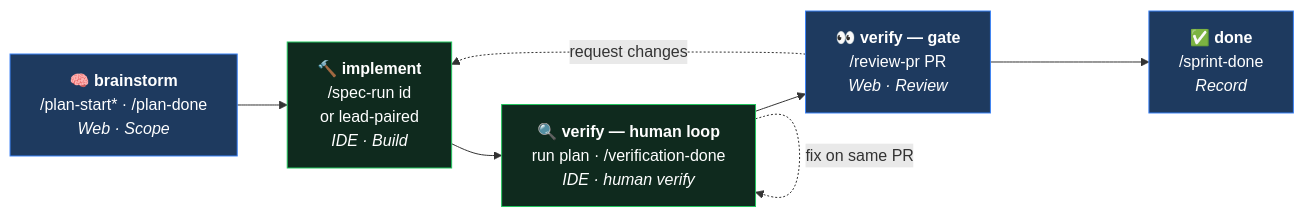
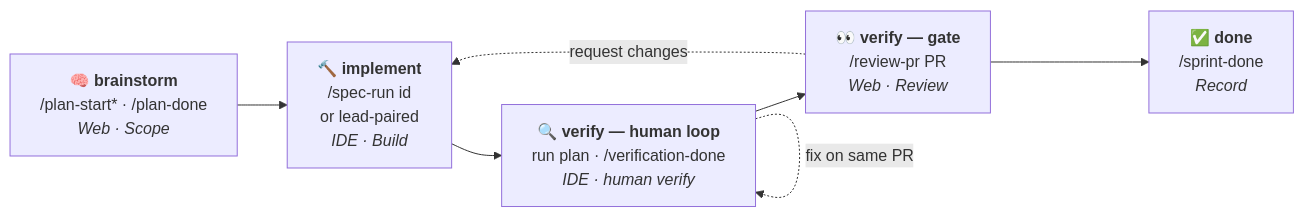
The first of 4 diagrams in docs/guides/sprint-lifecycle.md (agni-eialarasu/cetana-labs), drawn with Mermaid before and after one commit. The commit also changed 4 other files, not shown here.

Commit message:
fix(bk-039): mermaid node labels theme-owned colors (mermaid-theme-owned-colors)

````diff
--- a/docs/guides/sprint-lifecycle.md
+++ b/docs/guides/sprint-lifecycle.md
@@ -23,17 +23,12 @@
 ```mermaid
 flowchart LR
     B["🧠 <b>brainstorm</b><br/>/plan-start* · /plan-done<br/><i>Web · Scope</i>"]
     I["🔨 <b>implement</b><br/>/spec-run id<br/>or lead-paired<br/><i>IDE · Build</i>"]
     V["🔍 <b>verify — human loop</b><br/>run plan · /verification-done<br/><i>IDE · human verify</i>"]
     G["👀 <b>verify — gate</b><br/>/review-pr PR<br/><i>Web · Review</i>"]
     D["✅ <b>done</b><br/>/sprint-done<br/><i>Record</i>"]
 
     B --> I --> V --> G --> D
     V -. "fix on same PR" .-> V
     G -. "request changes" .-> I
-
-    classDef web fill:#1e3a5f,stroke:#3b82f6,color:#fff;
-    classDef ide fill:#0f2a1e,stroke:#22c55e,color:#fff;
-    class B,G,D web;
-    class I,V ide;
 ```
````
